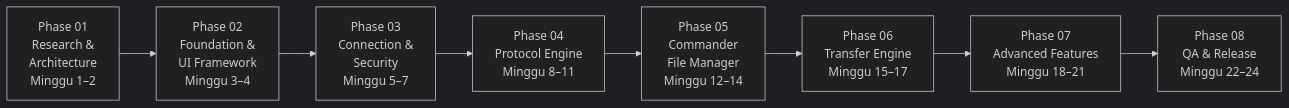
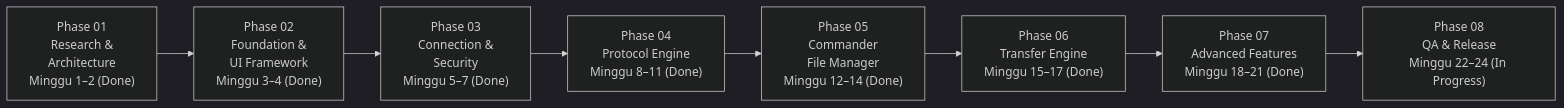
One commit to alsyundawy/SparkleSFTP changed the second of 3 diagrams in docs/IMPLEMENTATION_PLAN.md. Above: the diagram before and after it, drawn with Mermaid (dark theme). The commit also changed other lines of this file and 14 other files, not shown here.

````diff
--- a/docs/IMPLEMENTATION_PLAN.md
+++ b/docs/IMPLEMENTATION_PLAN.md
@@ -314,13 +282,13 @@
 ```mermaid
 flowchart LR
-    P1["Phase 01\nResearch &\nArchitecture\nMinggu 1–2"]
-    P2["Phase 02\nFoundation &\nUI Framework\nMinggu 3–4"]
-    P3["Phase 03\nConnection &\nSecurity\nMinggu 5–7"]
-    P4["Phase 04\nProtocol Engine\nMinggu 8–11"]
-    P5["Phase 05\nCommander\nFile Manager\nMinggu 12–14"]
-    P6["Phase 06\nTransfer Engine\nMinggu 15–17"]
-    P7["Phase 07\nAdvanced Features\nMinggu 18–21"]
-    P8["Phase 08\nQA & Release\nMinggu 22–24"]
+    P1["Phase 01\nResearch &\nArchitecture\nMinggu 1–2 (Done)"]
+    P2["Phase 02\nFoundation &\nUI Framework\nMinggu 3–4 (Done)"]
+    P3["Phase 03\nConnection &\nSecurity\nMinggu 5–7 (Done)"]
+    P4["Phase 04\nProtocol Engine\nMinggu 8–11 (Done)"]
+    P5["Phase 05\nCommander\nFile Manager\nMinggu 12–14 (Done)"]
+    P6["Phase 06\nTransfer Engine\nMinggu 15–17 (Done)"]
+    P7["Phase 07\nAdvanced Features\nMinggu 18–21 (Done)"]
+    P8["Phase 08\nQA & Release\nMinggu 22–24 (In Progress)"]
 
     P1 --> P2 --> P3 --> P4 --> P5 --> P6 --> P7 --> P8
 ```
````
